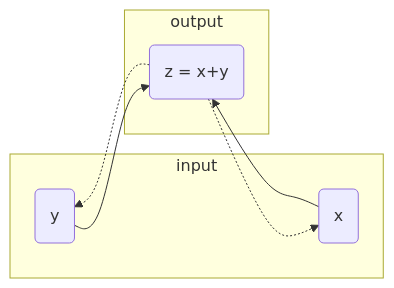
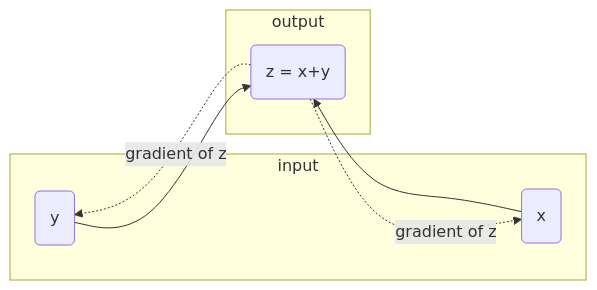
Before and after one commit to koushikkhan/koushikkhan.github.io: the third of 7 diagrams in posts/2023-04-22-autograd/index.qmd, drawn with Mermaid. The commit also changed other lines of this file and 4 other files, not shown here.

````diff
--- a/posts/2023-04-22-autograd/index.qmd
+++ b/posts/2023-04-22-autograd/index.qmd
@@ -216,15 +216,15 @@
 ```{mermaid}
 %%| fig-width: 3.5
 graph RL
   subgraph input
   x(x)
   y(y)
   end
 
   subgraph output
   z(z = x+y)
   end
 
-  x(x) --> z(z = x+y) -.-> x(x)
-  y(y) --> z(z = x+y) -.-> y(y)
+  x(x) --> z(z = x+y)-.->|gradient of z|x(x)
+  y(y) --> z(z = x+y)-.->|gradient of z|y(y)
 ```
````
